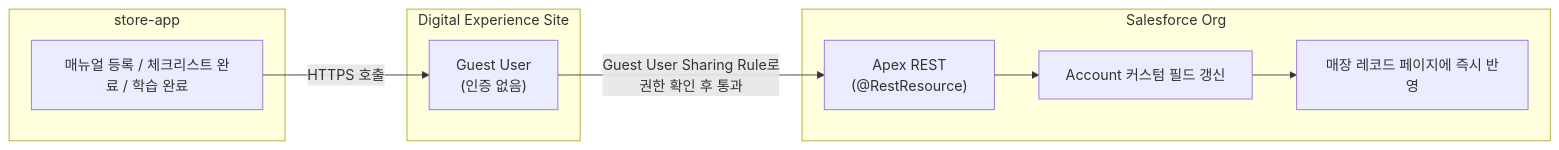
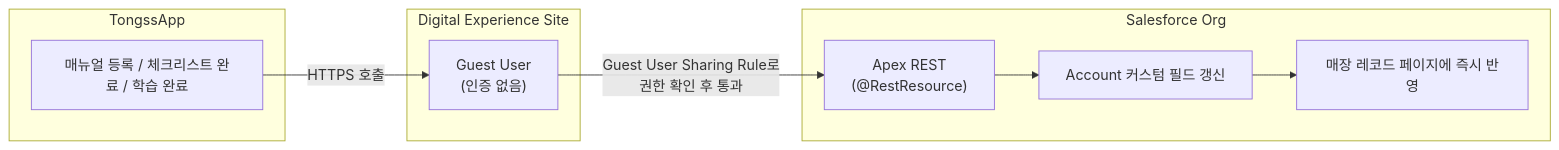
One commit to sara6ang/project-starter changed the second of 2 diagrams in TongssOrg/docs/03_USER_FLOW.md. Above: the diagram before and after it, drawn with Mermaid. The commit also changed other lines of this file and 30 other files, not shown here.

````diff
--- a/TongssOrg/docs/03_USER_FLOW.md
+++ b/TongssOrg/docs/03_USER_FLOW.md
@@ -44,21 +44,21 @@
 ```mermaid
 flowchart LR
-    subgraph StoreAppSide["store-app"]
+    subgraph StoreAppSide["TongssApp"]
         Activity["매뉴얼 등록 / 체크리스트 완료 / 학습 완료"]
     end
 
     subgraph Guest["Digital Experience Site"]
         GuestUser["Guest User\n(인증 없음)"]
     end
 
     subgraph SFOrg["Salesforce Org"]
         REST["Apex REST\n(@RestResource)"]
         AccountUpdate["Account 커스텀 필드 갱신"]
         StoreDetail2["매장 레코드 페이지에 즉시 반영"]
     end
 
     Activity -->|"HTTPS 호출"| GuestUser
     GuestUser -->|"Guest User Sharing Rule로\n권한 확인 후 통과"| REST
     REST --> AccountUpdate
     AccountUpdate --> StoreDetail2
 ```
````
